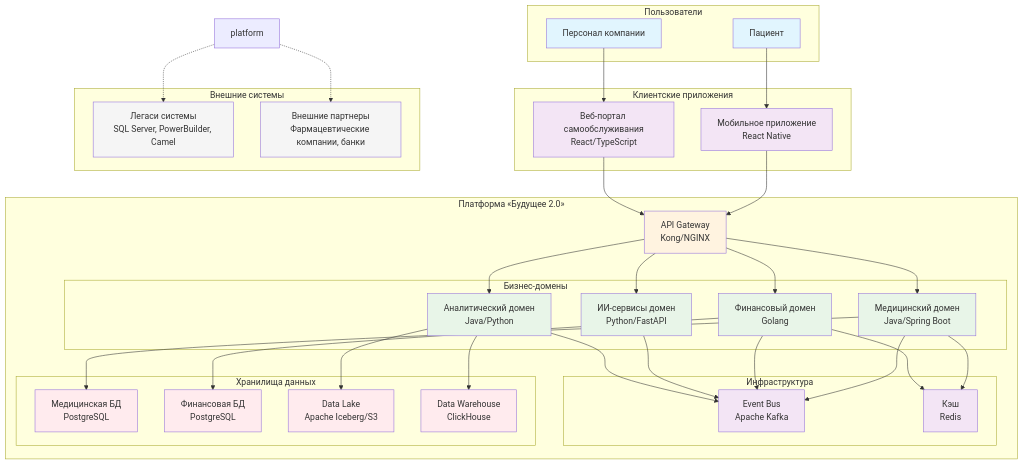
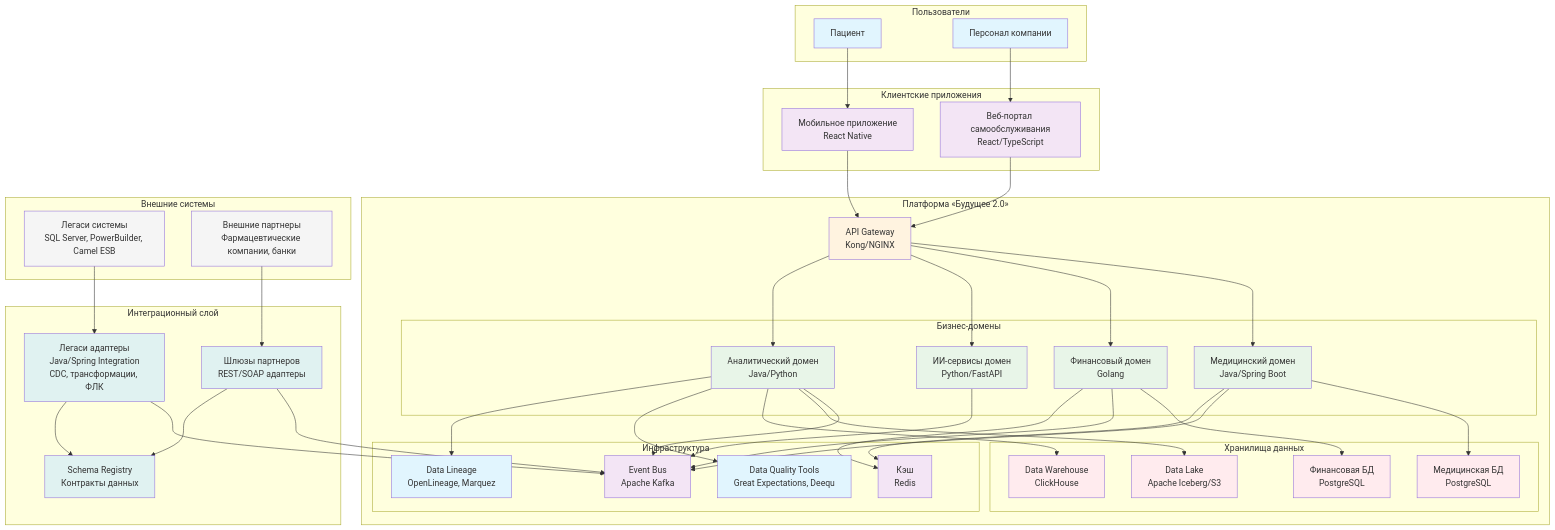
One commit to TakasY94/architecture-future_2_0 changed the first of 4 diagrams in task3Advanced/diagrams.md. Above: the diagram before and after it, drawn with Mermaid. The commit also changed other lines of this file and 2 other files, not shown here.

Commit message:
Добавлена информация о том как будет происходить переход от ESB, добавлены инструменты для обеспечения качества данных

````diff
--- a/task3Advanced/diagrams.md
+++ b/task3Advanced/diagrams.md
@@ -28,6 +28,8 @@
         subgraph "Инфраструктура"
             event_bus[Event Bus<br/>Apache Kafka]
             cache[Кэш<br/>Redis]
+            data_quality[Data Quality Tools<br/>Great Expectations, Deequ]
+            data_lineage[Data Lineage<br/>OpenLineage, Marquez]
         end
         
         subgraph "Хранилища данных"
@@ -38,8 +40,14 @@
         end
     end
     
+    subgraph "Интеграционный слой"
+        legacy_adapters[Легаси адаптеры<br/>Java/Spring Integration<br/>CDC, трансформации, ФЛК]
+        partner_gateways[Шлюзы партнеров<br/>REST/SOAP адаптеры]
+        schema_registry[Schema Registry<br/>Контракты данных]
+    end
+    
     subgraph "Внешние системы"
-        legacy[Легаси системы<br/>SQL Server, PowerBuilder, Camel]
+        legacy[Легаси системы<br/>SQL Server, PowerBuilder, Camel ESB]
         partners[Внешние партнеры<br/>Фармацевтические компании, банки]
     end
     
@@ -64,12 +72,20 @@
     
     analytics --> data_lake
     analytics --> data_warehouse
+    analytics --> data_quality
+    analytics --> data_lineage
     
     medical --> cache
     financial --> cache
     
-    platform -.-> legacy
-    platform -.-> partners
+    legacy --> legacy_adapters
+    partners --> partner_gateways
+    
+    legacy_adapters --> event_bus
+    partner_gateways --> event_bus
+    
+    legacy_adapters --> schema_registry
+    partner_gateways --> schema_registry
     
     style patient fill:#e1f5fe
     style staff fill:#e1f5fe
@@ -86,6 +102,11 @@
     style data_warehouse fill:#ffebee
     style event_bus fill:#f3e5f5
     style cache fill:#f3e5f5
+    style data_quality fill:#e1f5fe
+    style data_lineage fill:#e1f5fe
+    style legacy_adapters fill:#e0f2f1
+    style partner_gateways fill:#e0f2f1
+    style schema_registry fill:#e0f2f1
     style legacy fill:#f5f5f5
     style partners fill:#f5f5f5
 ```
````
